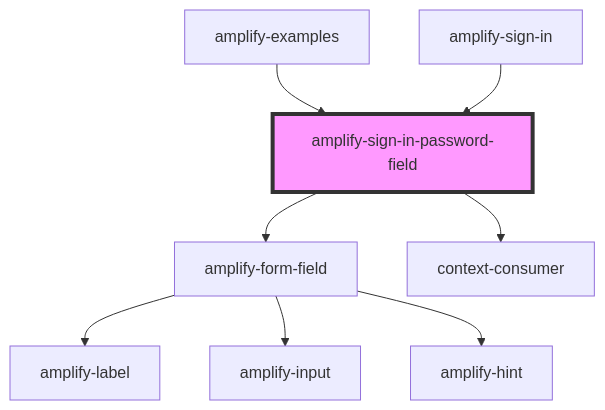
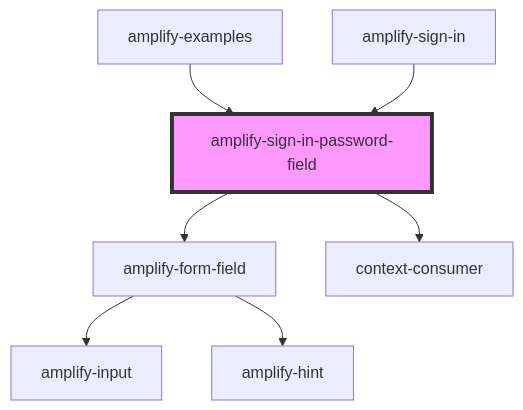
One commit to OneDev0411/amplify-js changed the diagram in packages/amplify-ui-components/src/components/amplify-sign-in-password-field/readme.md. Above: the diagram before and after it, drawn with Mermaid. The commit also changed 19 other files, not shown here.

Commit message:
Replace AmplifyField and AmplifyFormField functionality with combined AmplifyFormField

````diff
--- a/packages/amplify-ui-components/src/components/amplify-sign-in-password-field/readme.md
+++ b/packages/amplify-ui-components/src/components/amplify-sign-in-password-field/readme.md
@@ -33,11 +33,10 @@
 ```mermaid
 graph TD;
   amplify-sign-in-password-field --> amplify-form-field
   amplify-sign-in-password-field --> context-consumer
-  amplify-form-field --> amplify-label
   amplify-form-field --> amplify-input
   amplify-form-field --> amplify-hint
   amplify-examples --> amplify-sign-in-password-field
   amplify-sign-in --> amplify-sign-in-password-field
   style amplify-sign-in-password-field fill:#f9f,stroke:#333,stroke-width:4px
 ```
````
